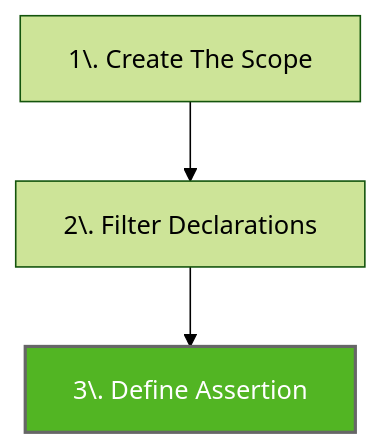
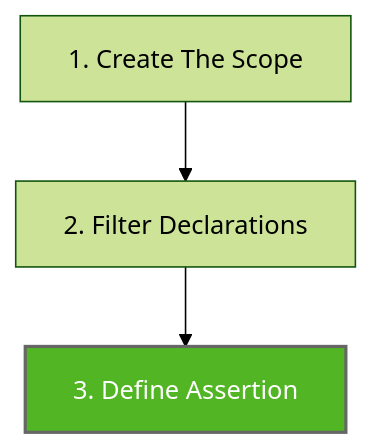
Before and after one commit to LemonAppDev/konsist-documentation: the diagram in writing-tests/declaration-assert.md, drawn with Mermaid. The commit also changed 6 other files, not shown here.

First line of the commit message:
Remove escaped dots from numbered Mermaid labels (#135)

````diff
--- a/writing-tests/declaration-assert.md
+++ b/writing-tests/declaration-assert.md
@@ -9,8 +9,8 @@
 ```mermaid
 %%{init: {'theme':'forest'}}%%
 flowchart TB
-    Step1["1\. Create The Scope"]-->Step2
-    Step2["2\. Filter Declarations"]-->Step3
-    Step3["3\. Define Assertion"]
+    Step1["1. Create The Scope"]-->Step2
+    Step2["2. Filter Declarations"]-->Step3
+    Step3["3. Define Assertion"]
     style Step3 fill:#52B523,stroke:#666,stroke-width:2px,color:#fff
 ```
````
